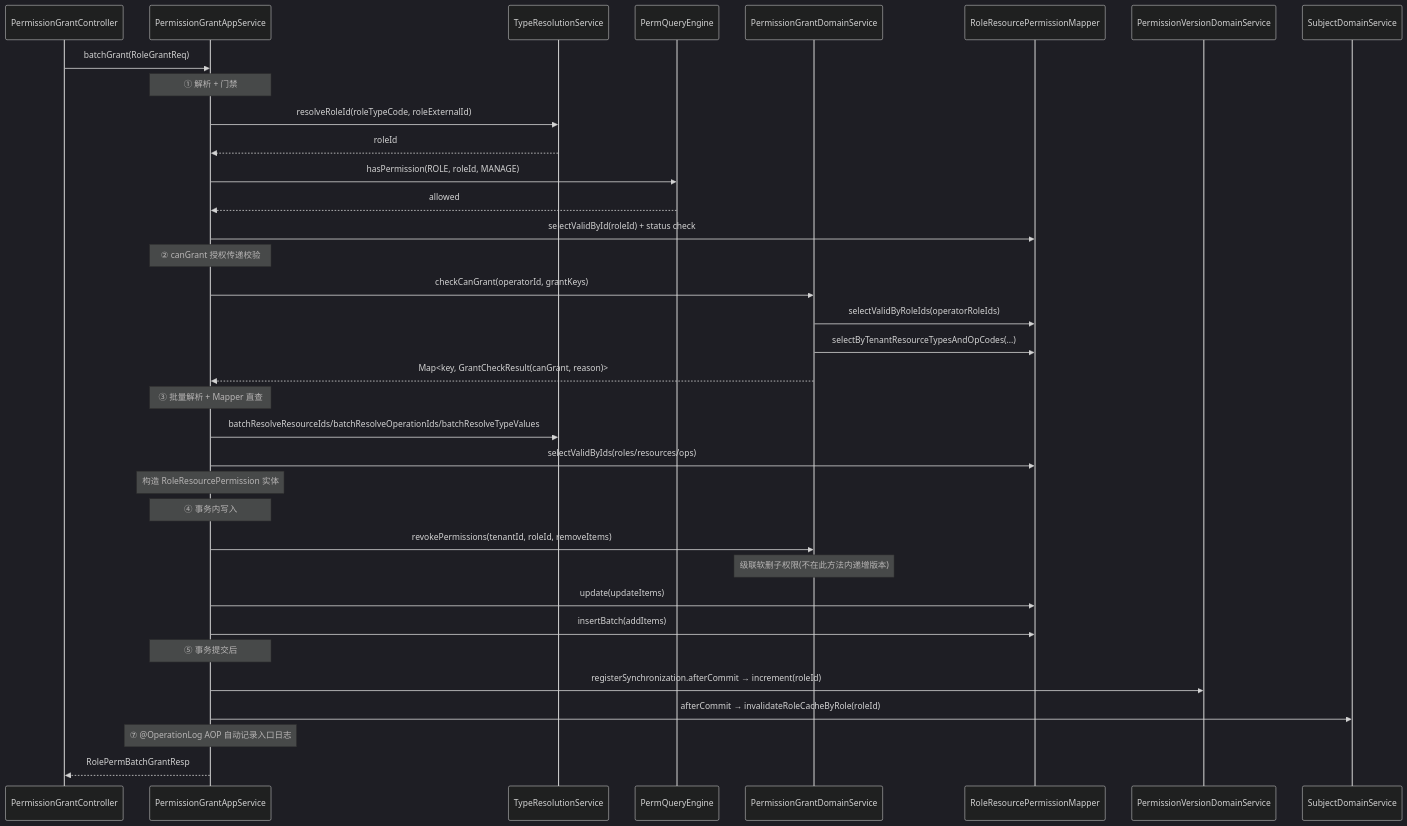
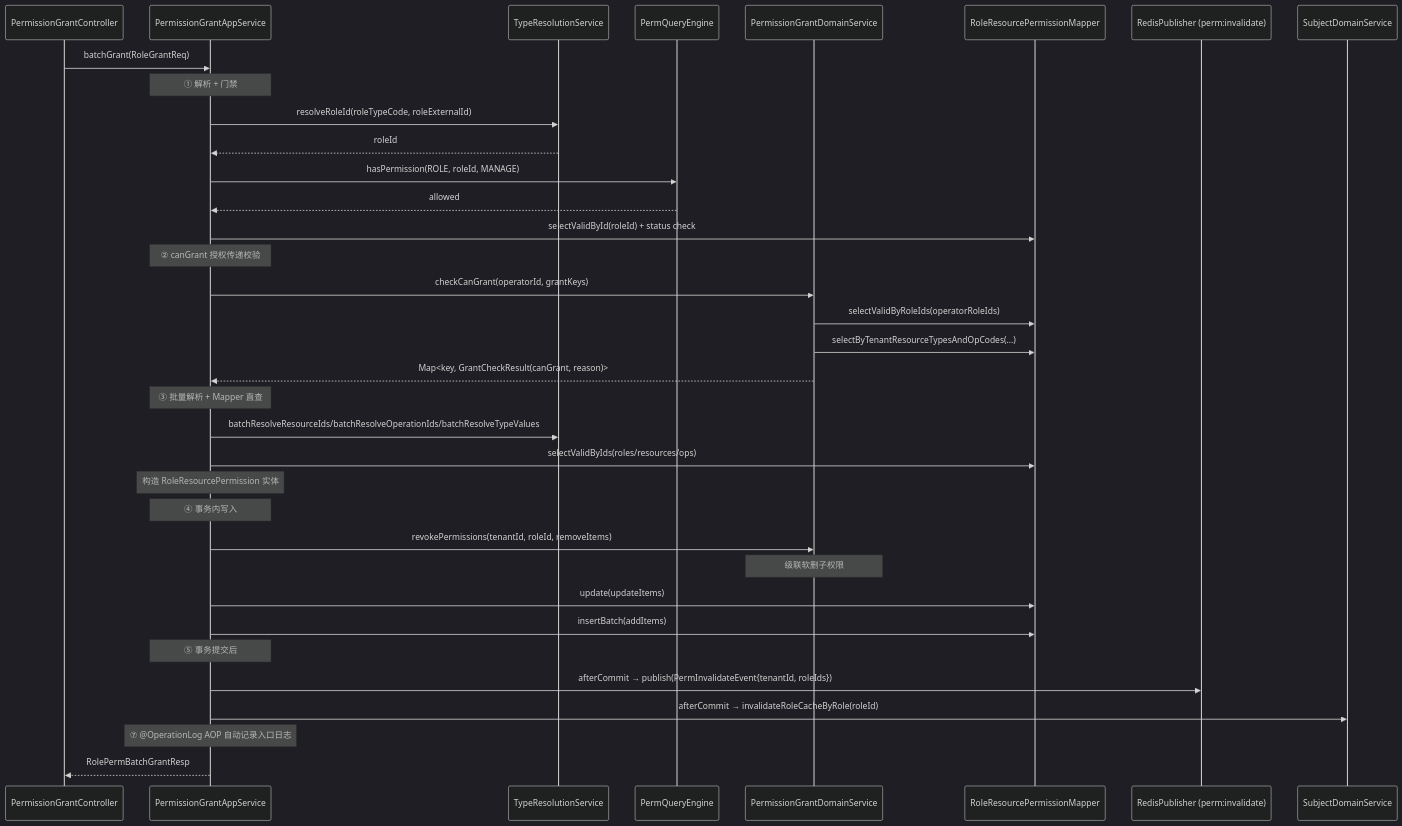
The diagram in docs/design/permission-center/implementation.md (fage-org/Access-Mesh), drawn with Mermaid (dark theme) before and after one commit. The commit also changed other lines of this file and 22 other files, not shown here.

First line of the commit message:
docs(design): v3.5 设计评审落档 — 架构/契约/schema 同步 + 计划归档

````diff
--- a/docs/design/permission-center/implementation.md
+++ b/docs/design/permission-center/implementation.md
@@ -471,44 +474,44 @@
 ```mermaid
 sequenceDiagram
     participant C as PermissionGrantController
     participant PS as PermissionGrantAppService
     participant TR as TypeResolutionService
     participant ENG as PermQueryEngine
     participant PGD as PermissionGrantDomainService
     participant Mapper as RoleResourcePermissionMapper
-    participant PVD as PermissionVersionDomainService
+    participant PUB as RedisPublisher (perm:invalidate)
     participant SUBJ as SubjectDomainService
 
     C->>PS: batchGrant(RoleGrantReq)
 
     Note over PS: ① 解析 + 门禁
     PS->>TR: resolveRoleId(roleTypeCode, roleExternalId)
     TR-->>PS: roleId
     PS->>ENG: hasPermission(ROLE, roleId, MANAGE)
     ENG-->>PS: allowed
     PS->>Mapper: selectValidById(roleId) + status check
 
     Note over PS: ② canGrant 授权传递校验
     PS->>PGD: checkCanGrant(operatorId, grantKeys)
     PGD->>Mapper: selectValidByRoleIds(operatorRoleIds)
     PGD->>Mapper: selectByTenantResourceTypesAndOpCodes(...)
     PGD-->>PS: Map<key, GrantCheckResult(canGrant, reason)>
 
     Note over PS: ③ 批量解析 + Mapper 直查
     PS->>TR: batchResolveResourceIds/batchResolveOperationIds/batchResolveTypeValues
     PS->>Mapper: selectValidByIds(roles/resources/ops)
     Note over PS: 构造 RoleResourcePermission 实体
 
     Note over PS: ④ 事务内写入
     PS->>PGD: revokePermissions(tenantId, roleId, removeItems)
-    Note over PGD: 级联软删子权限(不在此方法内递增版本)
+    Note over PGD: 级联软删子权限
     PS->>Mapper: update(updateItems)
     PS->>Mapper: insertBatch(addItems)
 
     Note over PS: ⑤ 事务提交后
-    PS->>PVD: registerSynchronization.afterCommit → increment(roleId)
+    PS->>PUB: afterCommit → publish(PermInvalidateEvent{tenantId, roleIds})
     PS->>SUBJ: afterCommit → invalidateRoleCacheByRole(roleId)
     Note over PS: ⑦ @OperationLog AOP 自动记录入口日志
 
     PS-->>C: RolePermBatchGrantResp
 ```
````
